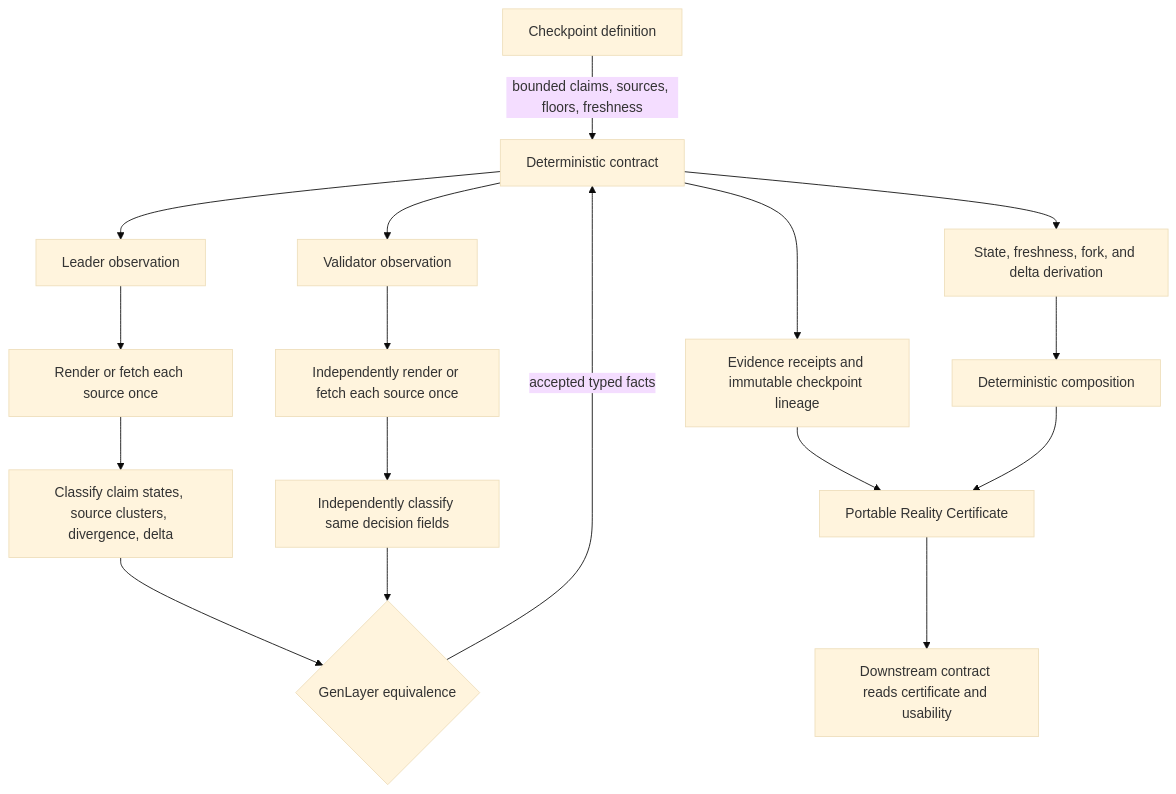
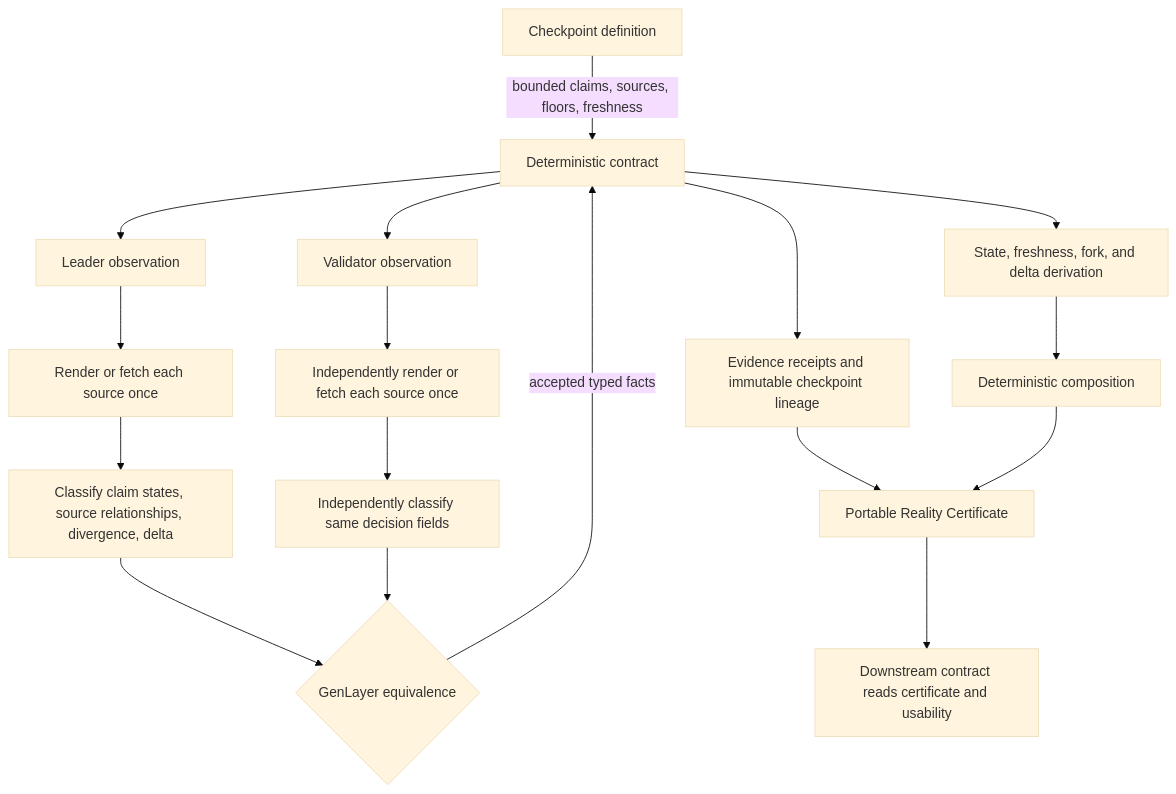
One commit to Chinny070/Reality-checkpoint-protocol- changed the diagram in docs/ARCHITECTURE.md. Above: the diagram before and after it, drawn with Mermaid (base theme). The commit also changed other lines of this file and 5 other files, not shown here.

Commit message:
fix: derive source clusters deterministically

````diff
--- a/docs/ARCHITECTURE.md
+++ b/docs/ARCHITECTURE.md
@@ -5,19 +5,19 @@
 ```mermaid
 flowchart TD
     D[Checkpoint definition] -->|bounded claims, sources, floors, freshness| C[Deterministic contract]
     C --> L[Leader observation]
     C --> V[Validator observation]
     L --> W1[Render or fetch each source once]
     V --> W2[Independently render or fetch each source once]
-    W1 --> J1[Classify claim states, source clusters, divergence, delta]
+    W1 --> J1[Classify claim states, source relationships, divergence, delta]
     W2 --> J2[Independently classify same decision fields]
     J1 --> E{GenLayer equivalence}
     J2 --> E
     E -->|accepted typed facts| C
     C --> R[Evidence receipts and immutable checkpoint lineage]
     C --> S[State, freshness, fork, and delta derivation]
     S --> M[Deterministic composition]
     R --> P[Portable Reality Certificate]
     M --> P
     P --> X[Downstream contract reads certificate and usability]
 ```
````
